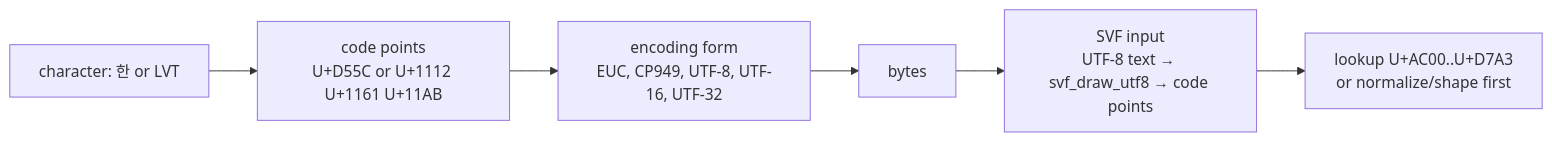
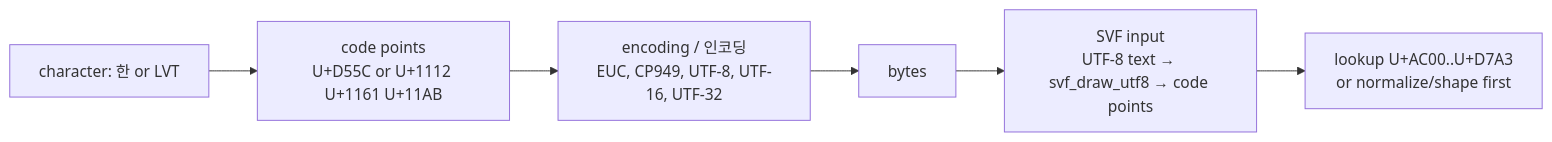
Before and after one commit to TaehyunKimLL/svf-fonts-open: the second of 27 diagrams in docs/jamo-sets.md, drawn with Mermaid. The commit also changed other lines of this file and 11 other files, not shown here.

````diff
--- a/docs/jamo-sets.md
+++ b/docs/jamo-sets.md
@@ -112,8 +112,8 @@
 ```mermaid
 flowchart LR
   C["character: 한 or LVT"] --> P["code points<br/>U+D55C or U+1112 U+1161 U+11AB"]
-  P --> F["encoding form<br/>EUC, CP949, UTF-8, UTF-16, UTF-32"]
+  P --> F["encoding / 인코딩<br/>EUC, CP949, UTF-8, UTF-16, UTF-32"]
   F --> B["bytes"]
   B --> S["SVF input<br/>UTF-8 text → svf_draw_utf8 → code points"]
   S --> V["lookup U+AC00..U+D7A3<br/>or normalize/shape first"]
 ```
````
